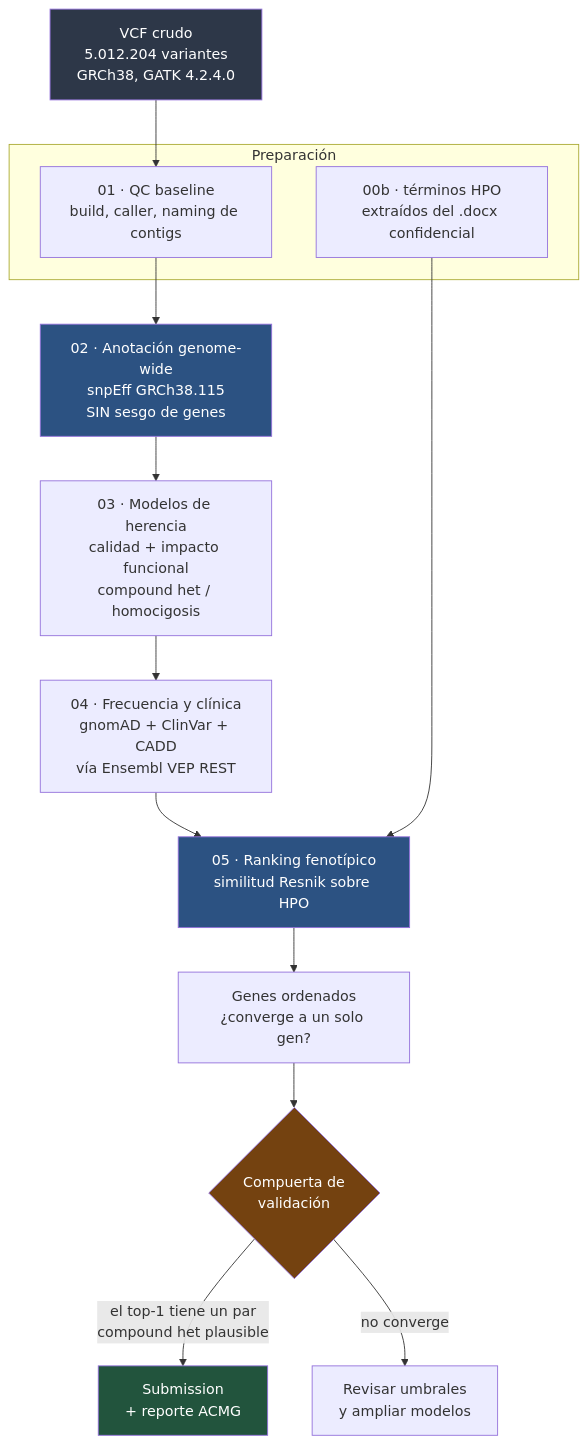
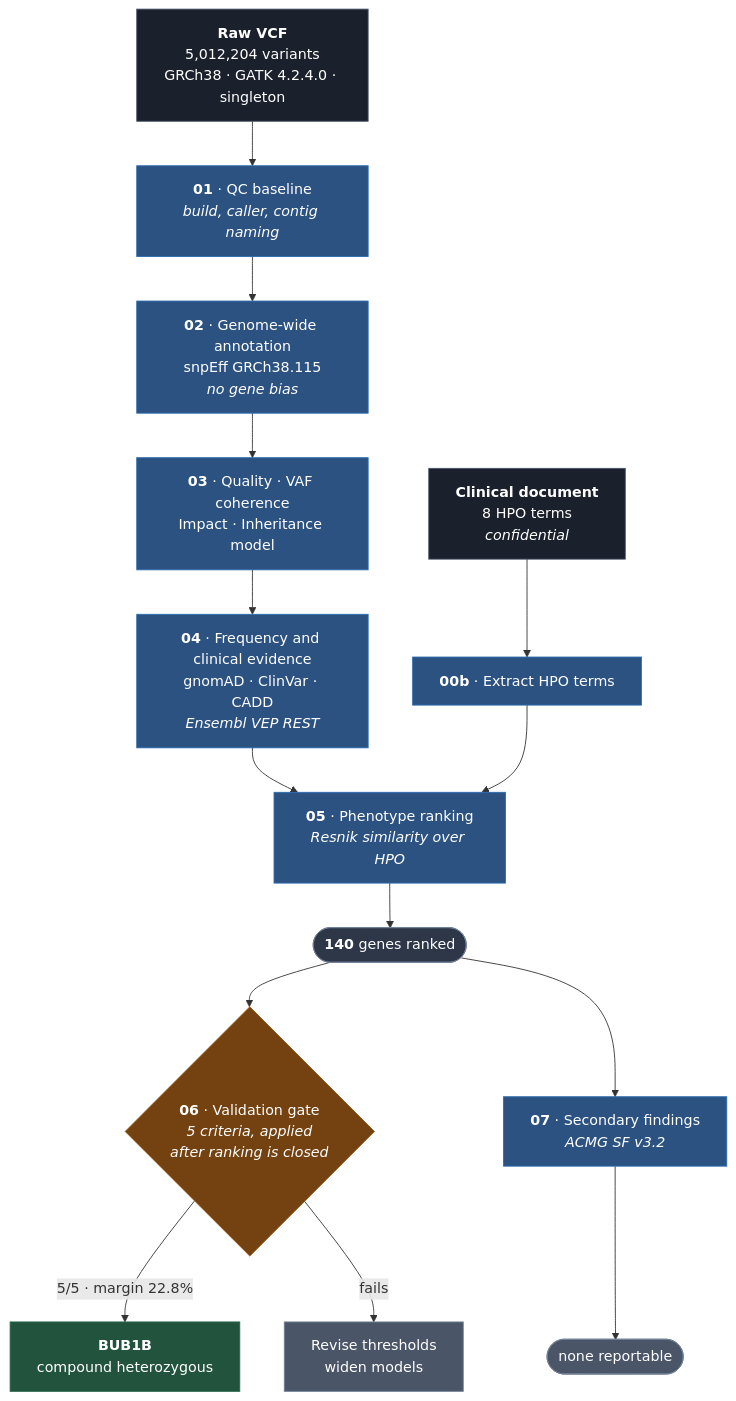
One commit to bralewild/mva-hackathon-2026 changed the second of 3 diagrams in docs/01_pipeline_flow.md. Above: the diagram before and after it, drawn with Mermaid. The commit also changed other lines of this file and 1 other file, not shown here.

First line of the commit message:
docs: replace ASCII comparison and funnel with mermaid

````diff
--- a/docs/01_pipeline_flow.md
+++ b/docs/01_pipeline_flow.md
@@ -50,26 +69,36 @@
 ```mermaid
 flowchart TD
-    A["VCF crudo<br/>5.012.204 variantes<br/>GRCh38, GATK 4.2.4.0"] --> B
+    A["<b>Raw VCF</b><br/>5,012,204 variants<br/>GRCh38 · GATK 4.2.4.0 · singleton"]
+    H["<b>Clinical document</b><br/>8 HPO terms<br/><i>confidential</i>"]
 
-    subgraph P1["Preparación"]
-        B["01 · QC baseline<br/>build, caller, naming de contigs"]
-        H["00b · términos HPO<br/>extraídos del .docx confidencial"]
-    end
+    A --> B["<b>01</b> · QC baseline<br/><i>build, caller, contig naming</i>"]
+    H --> HH["<b>00b</b> · Extract HPO terms"]
 
-    B --> C["02 · Anotación genome-wide<br/>snpEff GRCh38.115<br/>SIN sesgo de genes"]
-    C --> D["03 · Modelos de herencia<br/>calidad + impacto funcional<br/>compound het / homocigosis"]
-    D --> E["04 · Frecuencia y clínica<br/>gnomAD + ClinVar + CADD<br/>vía Ensembl VEP REST"]
-    E --> F["05 · Ranking fenotípico<br/>similitud Resnik sobre HPO"]
-    H --> F
-    F --> G["Genes ordenados<br/>¿converge a un solo gen?"]
+    B --> C["<b>02</b> · Genome-wide annotation<br/>snpEff GRCh38.115<br/><i>no gene bias</i>"]
+    C --> D["<b>03</b> · Quality · VAF coherence<br/>Impact · Inheritance model"]
+    D --> E["<b>04</b> · Frequency and clinical evidence<br/>gnomAD · ClinVar · CADD<br/><i>Ensembl VEP REST</i>"]
+    E --> F["<b>05</b> · Phenotype ranking<br/><i>Resnik similarity over HPO</i>"]
+    HH --> F
+    F --> G(["<b>140</b> genes ranked"])
 
-    G --> V{"Compuerta de<br/>validación"}
-    V -->|"el top-1 tiene un par<br/>compound het plausible"| OK["Submission<br/>+ reporte ACMG"]
-    V -->|"no converge"| REV["Revisar umbrales<br/>y ampliar modelos"]
+    G --> V{"<b>06</b> · Validation gate<br/><i>5 criteria, applied<br/>after ranking is closed</i>"}
+    V -->|"5/5 · margin 22.8%"| OK["<b>BUB1B</b><br/>compound heterozygous"]
+    V -->|"fails"| REV["Revise thresholds<br/>widen models"]
 
-    style A fill:#2d3748,color:#fff
-    style C fill:#2c5282,color:#fff
-    style F fill:#2c5282,color:#fff
-    style V fill:#744210,color:#fff
-    style OK fill:#22543d,color:#fff
+    G --> S7["<b>07</b> · Secondary findings<br/><i>ACMG SF v3.2</i>"]
+    S7 --> NEG(["none reportable"])
+
+    classDef data fill:#1a202c,stroke:#4a5568,color:#fff
+    classDef step fill:#2c5282,stroke:#2b6cb0,color:#fff
+    classDef count fill:#2d3748,stroke:#718096,color:#fff
+    classDef gate fill:#744210,stroke:#975a16,color:#fff
+    classDef good fill:#22543d,stroke:#276749,color:#fff
+    classDef muted fill:#4a5568,stroke:#718096,color:#fff
+
+    class A,H data
+    class B,HH,C,D,E,F,S7 step
+    class G count
+    class V gate
+    class OK good
+    class REV,NEG muted
 ```
````
